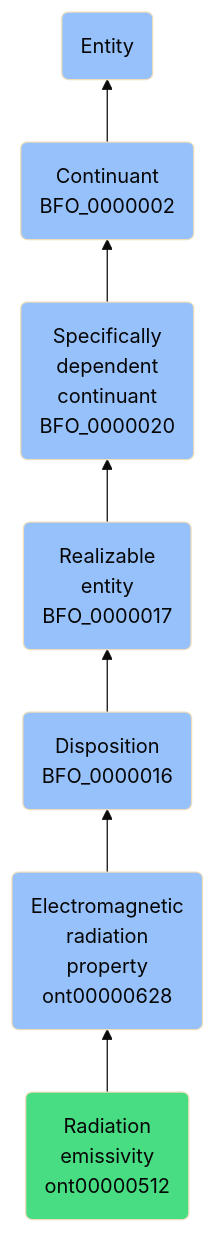
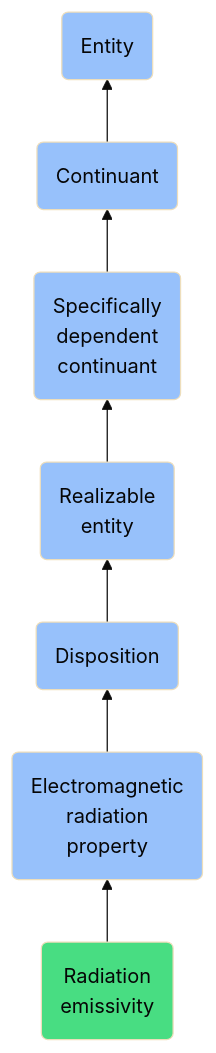
Before and after one commit to jupyter-naas/abi: the diagram in docs/ontology/reference/model/Entity/Continuant/Specifically dependent continuant/Realizable entity/Disposition/Electromagnetic radiation property/Radiation emissivity/Radiation emissivity.md, drawn with Mermaid (base theme). The commit also changed other lines of this file and 1430 other files, not shown here.

````diff
--- a/docs/ontology/reference/model/Entity/Continuant/Specifically dependent continuant/Realizable entity/Disposition/Electromagnetic radiation property/Radiation emissivity/Radiation emissivity.md
+++ b/docs/ontology/reference/model/Entity/Continuant/Specifically dependent continuant/Realizable entity/Disposition/Electromagnetic radiation property/Radiation emissivity/Radiation emissivity.md
@@ -24,14 +24,14 @@
 ```mermaid
 graph BT
-    ont00000512(Radiation<br>emissivity<br>ont00000512):::ABI-->ont00000628
-    ont00000628(Electromagnetic<br>radiation<br>property<br>ont00000628):::BFO-->BFO_0000016
-    BFO_0000016(Disposition<br>BFO_0000016):::BFO-->BFO_0000017
-    BFO_0000017(Realizable<br>entity<br>BFO_0000017):::BFO-->BFO_0000020
-    BFO_0000020(Specifically<br>dependent<br>continuant<br>BFO_0000020):::BFO-->BFO_0000002
-    BFO_0000002(Continuant<br>BFO_0000002):::BFO-->BFO_0000001
+    ont00000512(Radiation<br>emissivity):::ABI-->ont00000628
+    ont00000628(Electromagnetic<br>radiation<br>property):::BFO-->BFO_0000016
+    BFO_0000016(Disposition):::BFO-->BFO_0000017
+    BFO_0000017(Realizable<br>entity):::BFO-->BFO_0000020
+    BFO_0000020(Specifically<br>dependent<br>continuant):::BFO-->BFO_0000002
+    BFO_0000002(Continuant):::BFO-->BFO_0000001
     BFO_0000001(Entity):::BFO
     
     classDef BFO fill:#97c1fb,color:#060606
     classDef CCO fill:#e4c51e,color:#060606
     classDef ABI fill:#48DD82,color:#060606
 ```
````
